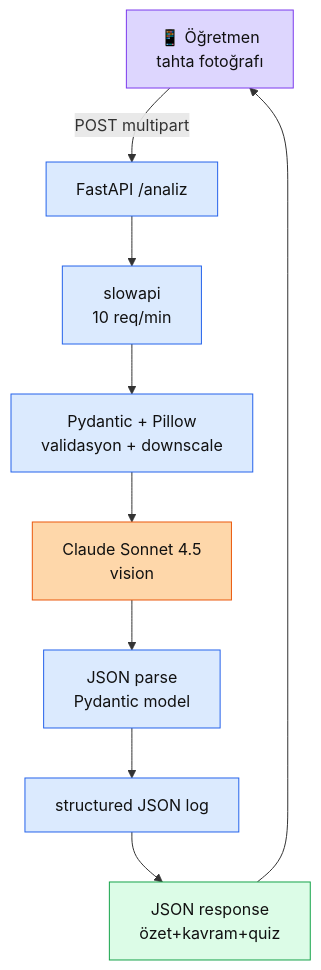
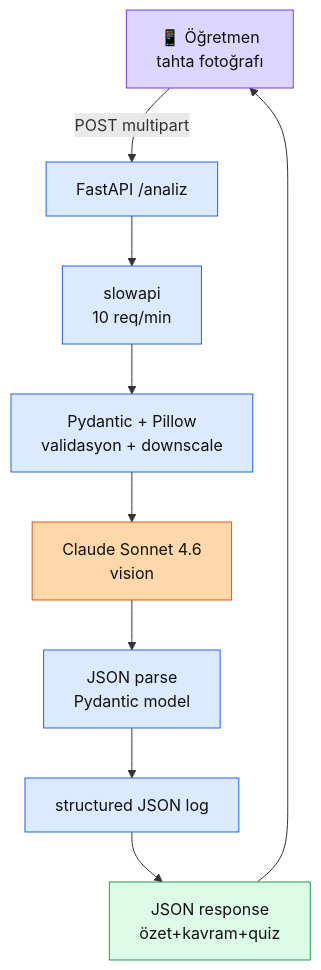
One commit to KemalG-u/muhendisal-platform changed the diagram in docs/bolum-9/06-proje-3.md. Above: the diagram before and after it, drawn with Mermaid. The commit also changed other lines of this file and 41 other files, not shown here.

````diff
--- a/docs/bolum-9/06-proje-3.md
+++ b/docs/bolum-9/06-proje-3.md
@@ -64,29 +64,29 @@
 ```mermaid
 flowchart TB
     USER[📱 Öğretmen<br/>tahta fotoğrafı]
     FAPI[FastAPI /analiz]
     VAL[Pydantic + Pillow<br/>validasyon + downscale]
     RATE[slowapi<br/>10 req/min]
-    CLAUDE[Claude Sonnet 4.5<br/>vision]
+    CLAUDE[Claude Sonnet 4.6<br/>vision]
     PARSE[JSON parse<br/>Pydantic model]
     LOG[structured JSON log]
     RESP[JSON response<br/>özet+kavram+quiz]
 
     USER -->|POST multipart| FAPI
     FAPI --> RATE
     RATE --> VAL
     VAL --> CLAUDE
     CLAUDE --> PARSE
     PARSE --> LOG
     LOG --> RESP
     RESP --> USER
 
     classDef user fill:#ddd6fe,stroke:#7c3aed,color:#111
     classDef api fill:#dbeafe,stroke:#2563eb,color:#111
     classDef ai fill:#fed7aa,stroke:#ea580c,color:#111
     classDef out fill:#dcfce7,stroke:#16a34a,color:#111
     class USER user
     class FAPI,VAL,RATE,PARSE,LOG api
     class CLAUDE ai
     class RESP out
 ```
````
